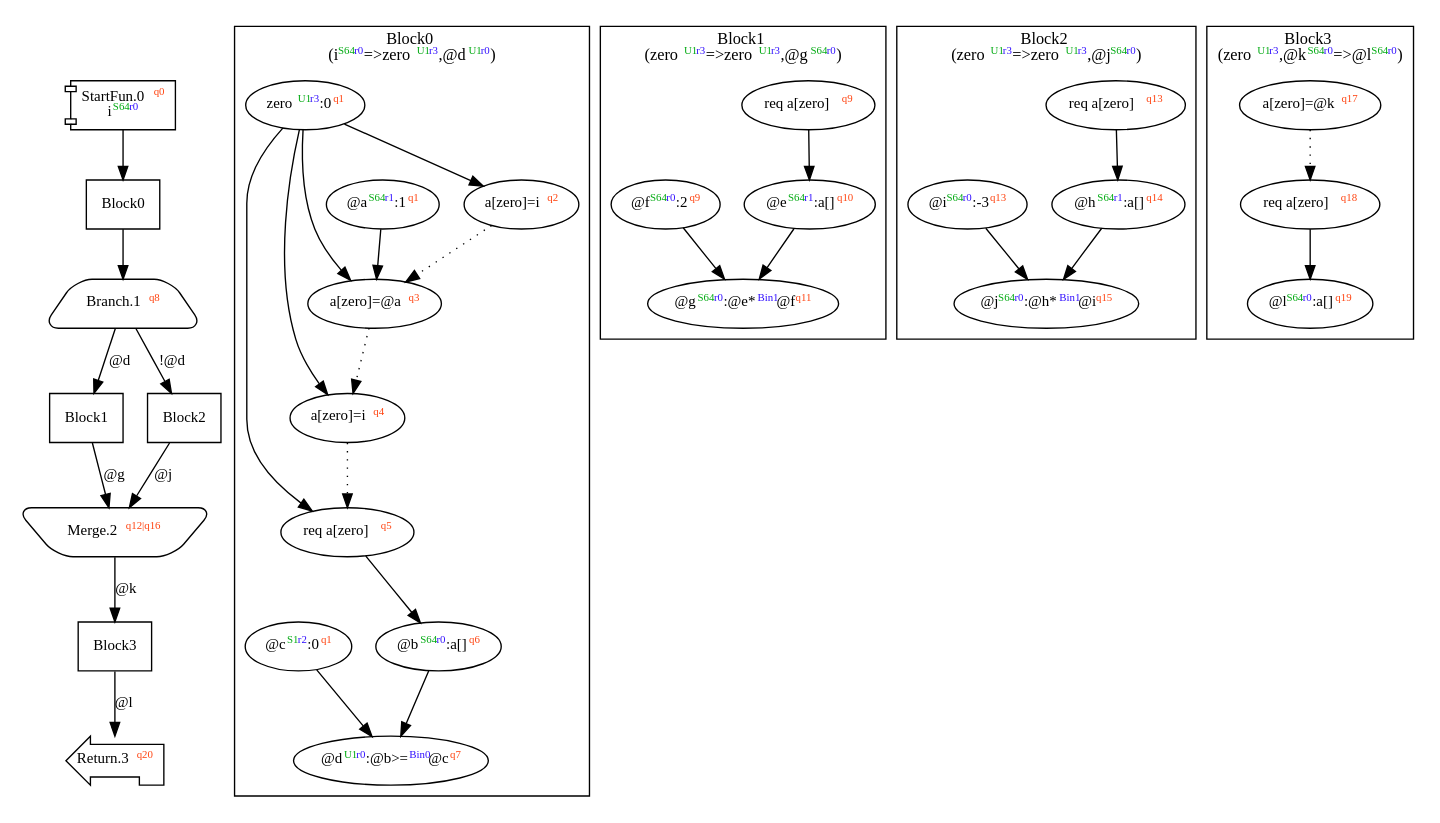
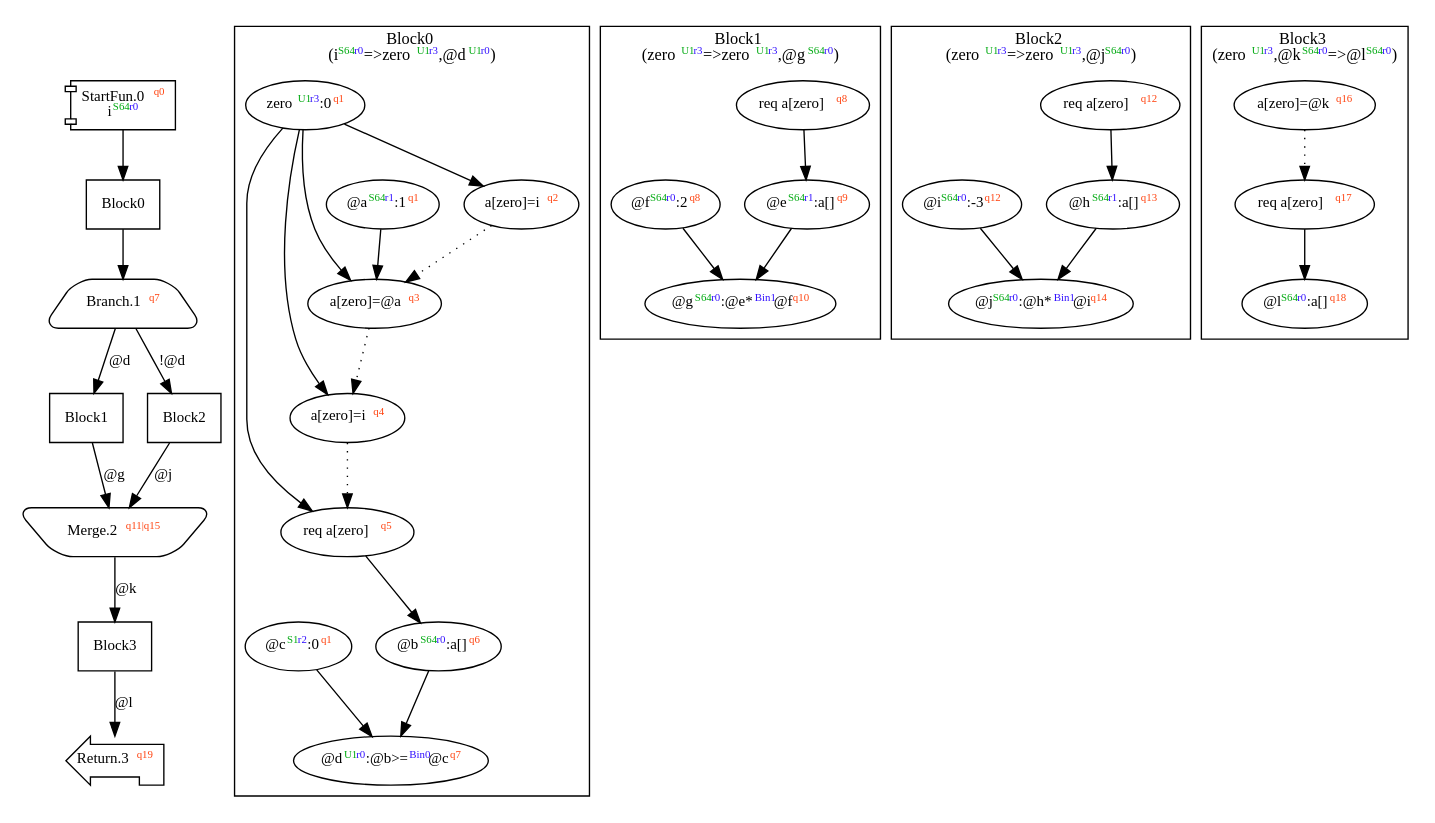
Before and after one commit to akouryy/SyntheScala: the diagram in dist/dependencyTest.dot, drawn with Graphviz. The commit also changed 24 other files, not shown here.

Commit message:
Remove Jump.Branch-occupied state

```diff
--- a/dist/dependencyTest.dot
+++ b/dist/dependencyTest.dot
@@ -1,79 +1,79 @@
 digraph Program_ {
   graph [fontname = "Monaco", fontsize = 12, ranksep = 0.5];
   node [shape = box, fontname = "Monaco", fontsize = 11; colorscheme = pastel19];
   edge [fontname = "Monaco", fontsize = 11; colorscheme = pastel19];
   Jump0[label = <StartFun.0<font color="#ff4411" point-size="8"><sup>q0</sup></font><br/>i<font color="#00aa11" point-size="8"><sup>S64</sup></font><font color="#3311ff" point-size="8"><sup>r0</sup></font>>; shape = component];
   Jump0 -> Block0;
   Jump1[
-    label = <Branch.1<font color="#ff4411" point-size="8"><sup>q8</sup></font>>;
+    label = <Branch.1<font color="#ff4411" point-size="8"><sup>q7</sup></font>>;
     shape = trapezium; style = rounded;
   ];
   Block0 -> Jump1;
   Jump1 -> Block1 [label="@d"];
   Jump1 -> Block2 [label="!@d"];
-  Jump2[label = <Merge.2<font color="#ff4411" point-size="8"><sup>q12|q16</sup></font>>; shape = invtrapezium; style = rounded];
+  Jump2[label = <Merge.2<font color="#ff4411" point-size="8"><sup>q11|q15</sup></font>>; shape = invtrapezium; style = rounded];
   Block1 -> Jump2 [label="@g"];
   Block2 -> Jump2 [label="@j"];
   Jump2 -> Block3 [label="@k"];
-  Jump3[label = <Return.3<font color="#ff4411" point-size="8"><sup>q20</sup></font>>; shape = lpromoter];
+  Jump3[label = <Return.3<font color="#ff4411" point-size="8"><sup>q19</sup></font>>; shape = lpromoter];
   Block3 -> Jump3 [label="@l"];
   Block0 [label = "Block0"];
   Block1 [label = "Block1"];
   Block2 [label = "Block2"];
   Block3 [label = "Block3"];
   subgraph cluster_dfg_Block0 {
     node [shape = oval];
     label = <Block0<br/>(i<font color="#00aa11" point-size="8"><sup>S64</sup></font><font color="#3311ff" point-size="8"><sup>r0</sup></font>=&gt;zero<font color="#00aa11" point-size="8"><sup>U1</sup></font><font color="#3311ff" point-size="8"><sup>r3</sup></font>,@d<font color="#00aa11" point-size="8"><sup>U1</sup></font><font color="#3311ff" point-size="8"><sup>r0</sup></font>)>;
     0 [label=<zero<font color="#00aa11" point-size="8"><sup>U1</sup></font><font color="#3311ff" point-size="8"><sup>r3</sup></font>:0<font color="#ff4411" point-size="8"><sup>q1</sup></font>>];
     5 [label=<req a[zero]<font color="#ff4411" point-size="8"><sup>q5</sup></font>>];
     1 [label=<a[zero]=i<font color="#ff4411" point-size="8"><sup>q2</sup></font>>];
     6 [label=<@b<font color="#00aa11" point-size="8"><sup>S64</sup></font><font color="#3311ff" point-size="8"><sup>r0</sup></font>:a[]<font color="#ff4411" point-size="8"><sup>q6</sup></font>>];
     2 [label=<@a<font color="#00aa11" point-size="8"><sup>S64</sup></font><font color="#3311ff" point-size="8"><sup>r1</sup></font>:1<font color="#ff4411" point-size="8"><sup>q1</sup></font>>];
     7 [label=<@c<font color="#00aa11" point-size="8"><sup>S1</sup></font><font color="#3311ff" point-size="8"><sup>r2</sup></font>:0<font color="#ff4411" point-size="8"><sup>q1</sup></font>>];
     3 [label=<a[zero]=@a<font color="#ff4411" point-size="8"><sup>q3</sup></font>>];
     8 [label=<@d<font color="#00aa11" point-size="8"><sup>U1</sup></font><font color="#3311ff" point-size="8"><sup>r0</sup></font>:@b&gt;=<font color="#3311ff" point-size="8"><sup>Bin0</sup></font>@c<font color="#ff4411" point-size="8"><sup>q7</sup></font>>];
     4 [label=<a[zero]=i<font color="#ff4411" point-size="8"><sup>q4</sup></font>>];
     0 -> 1;
     0 -> 3;
     0 -> 4;
     0 -> 5;
     2 -> 3;
     6 -> 8;
     7 -> 8;
     1 -> 3 [style = dotted];
     3 -> 4 [style = dotted];
     4 -> 5 [style = dotted];
     5 -> 6 [style = solid];
   }
   subgraph cluster_dfg_Block1 {
     node [shape = oval];
     label = <Block1<br/>(zero<font color="#00aa11" point-size="8"><sup>U1</sup></font><font color="#3311ff" point-size="8"><sup>r3</sup></font>=&gt;zero<font color="#00aa11" point-size="8"><sup>U1</sup></font><font color="#3311ff" point-size="8"><sup>r3</sup></font>,@g<font color="#00aa11" point-size="8"><sup>S64</sup></font><font color="#3311ff" point-size="8"><sup>r0</sup></font>)>;
-    10 [label=<@e<font color="#00aa11" point-size="8"><sup>S64</sup></font><font color="#3311ff" point-size="8"><sup>r1</sup></font>:a[]<font color="#ff4411" point-size="8"><sup>q10</sup></font>>];
-    9 [label=<req a[zero]<font color="#ff4411" point-size="8"><sup>q9</sup></font>>];
-    11 [label=<@f<font color="#00aa11" point-size="8"><sup>S64</sup></font><font color="#3311ff" point-size="8"><sup>r0</sup></font>:2<font color="#ff4411" point-size="8"><sup>q9</sup></font>>];
-    12 [label=<@g<font color="#00aa11" point-size="8"><sup>S64</sup></font><font color="#3311ff" point-size="8"><sup>r0</sup></font>:@e*<font color="#3311ff" point-size="8"><sup>Bin1</sup></font>@f<font color="#ff4411" point-size="8"><sup>q11</sup></font>>];
+    10 [label=<@e<font color="#00aa11" point-size="8"><sup>S64</sup></font><font color="#3311ff" point-size="8"><sup>r1</sup></font>:a[]<font color="#ff4411" point-size="8"><sup>q9</sup></font>>];
+    9 [label=<req a[zero]<font color="#ff4411" point-size="8"><sup>q8</sup></font>>];
+    11 [label=<@f<font color="#00aa11" point-size="8"><sup>S64</sup></font><font color="#3311ff" point-size="8"><sup>r0</sup></font>:2<font color="#ff4411" point-size="8"><sup>q8</sup></font>>];
+    12 [label=<@g<font color="#00aa11" point-size="8"><sup>S64</sup></font><font color="#3311ff" point-size="8"><sup>r0</sup></font>:@e*<font color="#3311ff" point-size="8"><sup>Bin1</sup></font>@f<font color="#ff4411" point-size="8"><sup>q10</sup></font>>];
     10 -> 12;
     11 -> 12;
     9 -> 10 [style = solid];
   }
   subgraph cluster_dfg_Block2 {
     node [shape = oval];
     label = <Block2<br/>(zero<font color="#00aa11" point-size="8"><sup>U1</sup></font><font color="#3311ff" point-size="8"><sup>r3</sup></font>=&gt;zero<font color="#00aa11" point-size="8"><sup>U1</sup></font><font color="#3311ff" point-size="8"><sup>r3</sup></font>,@j<font color="#00aa11" point-size="8"><sup>S64</sup></font><font color="#3311ff" point-size="8"><sup>r0</sup></font>)>;
-    14 [label=<@h<font color="#00aa11" point-size="8"><sup>S64</sup></font><font color="#3311ff" point-size="8"><sup>r1</sup></font>:a[]<font color="#ff4411" point-size="8"><sup>q14</sup></font>>];
-    13 [label=<req a[zero]<font color="#ff4411" point-size="8"><sup>q13</sup></font>>];
-    15 [label=<@i<font color="#00aa11" point-size="8"><sup>S64</sup></font><font color="#3311ff" point-size="8"><sup>r0</sup></font>:-3<font color="#ff4411" point-size="8"><sup>q13</sup></font>>];
-    16 [label=<@j<font color="#00aa11" point-size="8"><sup>S64</sup></font><font color="#3311ff" point-size="8"><sup>r0</sup></font>:@h*<font color="#3311ff" point-size="8"><sup>Bin1</sup></font>@i<font color="#ff4411" point-size="8"><sup>q15</sup></font>>];
+    14 [label=<@h<font color="#00aa11" point-size="8"><sup>S64</sup></font><font color="#3311ff" point-size="8"><sup>r1</sup></font>:a[]<font color="#ff4411" point-size="8"><sup>q13</sup></font>>];
+    13 [label=<req a[zero]<font color="#ff4411" point-size="8"><sup>q12</sup></font>>];
+    15 [label=<@i<font color="#00aa11" point-size="8"><sup>S64</sup></font><font color="#3311ff" point-size="8"><sup>r0</sup></font>:-3<font color="#ff4411" point-size="8"><sup>q12</sup></font>>];
+    16 [label=<@j<font color="#00aa11" point-size="8"><sup>S64</sup></font><font color="#3311ff" point-size="8"><sup>r0</sup></font>:@h*<font color="#3311ff" point-size="8"><sup>Bin1</sup></font>@i<font color="#ff4411" point-size="8"><sup>q14</sup></font>>];
     14 -> 16;
     15 -> 16;
     13 -> 14 [style = solid];
   }
   subgraph cluster_dfg_Block3 {
     node [shape = oval];
     label = <Block3<br/>(zero<font color="#00aa11" point-size="8"><sup>U1</sup></font><font color="#3311ff" point-size="8"><sup>r3</sup></font>,@k<font color="#00aa11" point-size="8"><sup>S64</sup></font><font color="#3311ff" point-size="8"><sup>r0</sup></font>=&gt;@l<font color="#00aa11" point-size="8"><sup>S64</sup></font><font color="#3311ff" point-size="8"><sup>r0</sup></font>)>;
-    17 [label=<a[zero]=@k<font color="#ff4411" point-size="8"><sup>q17</sup></font>>];
-    19 [label=<@l<font color="#00aa11" point-size="8"><sup>S64</sup></font><font color="#3311ff" point-size="8"><sup>r0</sup></font>:a[]<font color="#ff4411" point-size="8"><sup>q19</sup></font>>];
-    18 [label=<req a[zero]<font color="#ff4411" point-size="8"><sup>q18</sup></font>>];
+    17 [label=<a[zero]=@k<font color="#ff4411" point-size="8"><sup>q16</sup></font>>];
+    19 [label=<@l<font color="#00aa11" point-size="8"><sup>S64</sup></font><font color="#3311ff" point-size="8"><sup>r0</sup></font>:a[]<font color="#ff4411" point-size="8"><sup>q18</sup></font>>];
+    18 [label=<req a[zero]<font color="#ff4411" point-size="8"><sup>q17</sup></font>>];
     17 -> 18 [style = dotted];
     18 -> 19 [style = solid];
   }
 }
```
